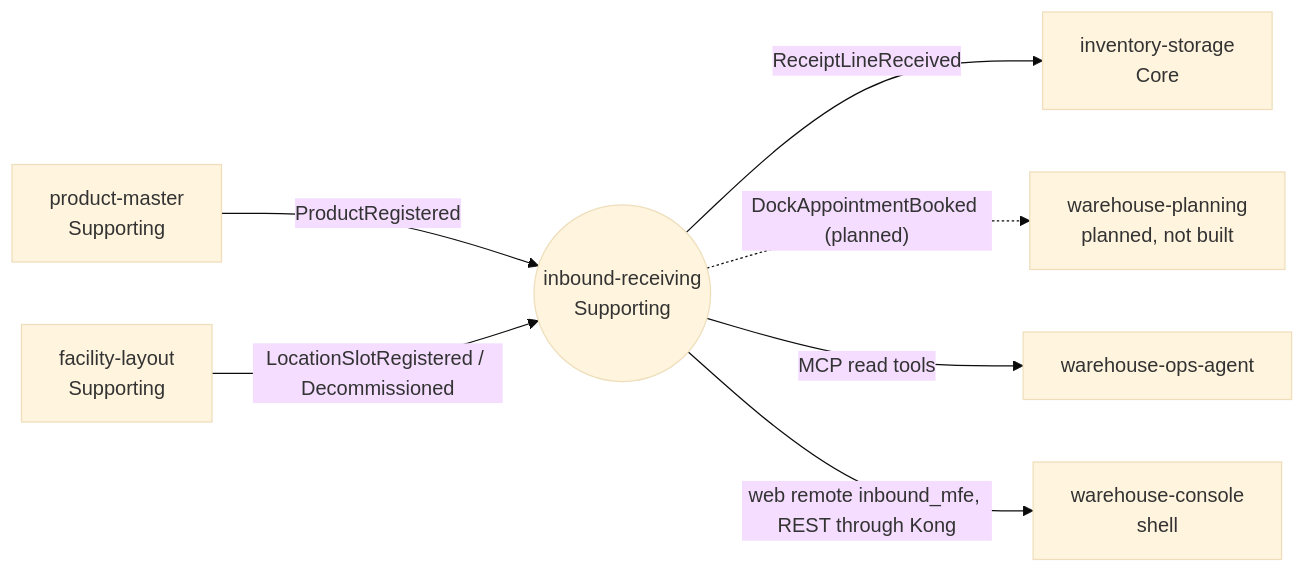
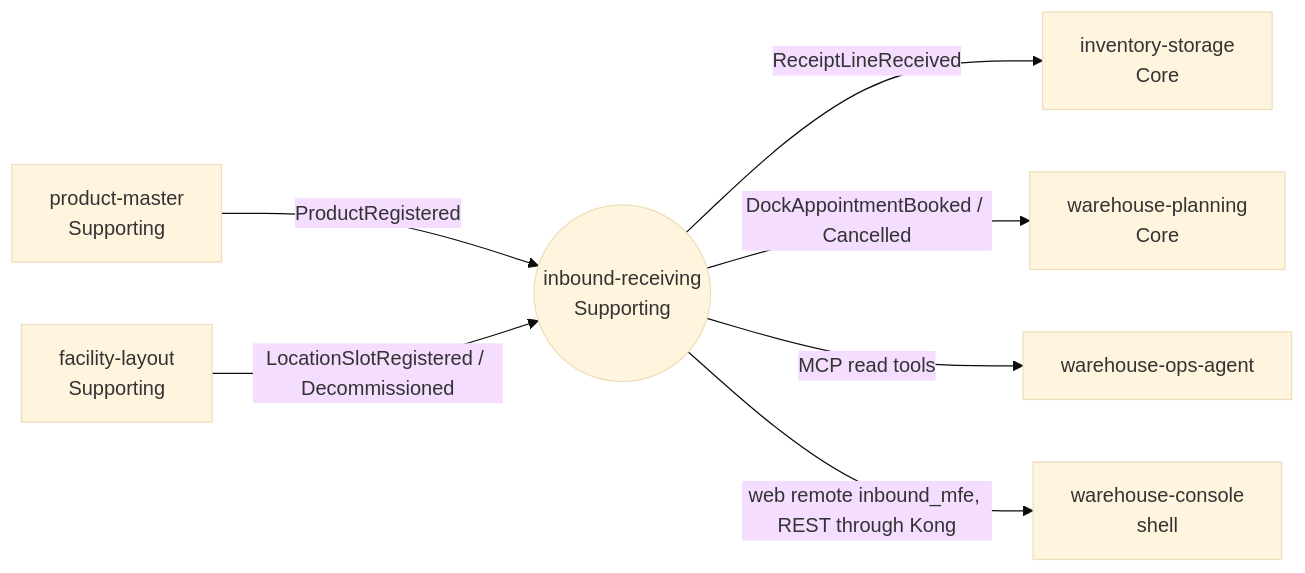
The diagram in docs/docs/overview/context.md (IQVO/inbound-receiving), drawn with Mermaid (base theme) before and after one commit. The commit also changed other lines of this file and 12 other files, not shown here.

````diff
--- a/docs/docs/overview/context.md
+++ b/docs/docs/overview/context.md
@@ -29,17 +29,17 @@
 ```mermaid
 flowchart LR
   IR(("inbound-receiving<br/>Supporting"))
   PM["product-master<br/>Supporting"]
   FL["facility-layout<br/>Supporting"]
   INV["inventory-storage<br/>Core"]
-  WP["warehouse-planning<br/>planned, not built"]
+  WP["warehouse-planning<br/>Core"]
   OPS["warehouse-ops-agent"]
   CON["warehouse-console<br/>shell"]
 
   PM -- "ProductRegistered" --> IR
   FL -- "LocationSlotRegistered / Decommissioned" --> IR
   IR -- "ReceiptLineReceived" --> INV
-  IR -. "DockAppointmentBooked (planned)" .-> WP
+  IR -- "DockAppointmentBooked / Cancelled" --> WP
   IR -- "MCP read tools" --> OPS
   IR -- "web remote inbound_mfe, REST through Kong" --> CON
 ```
````
